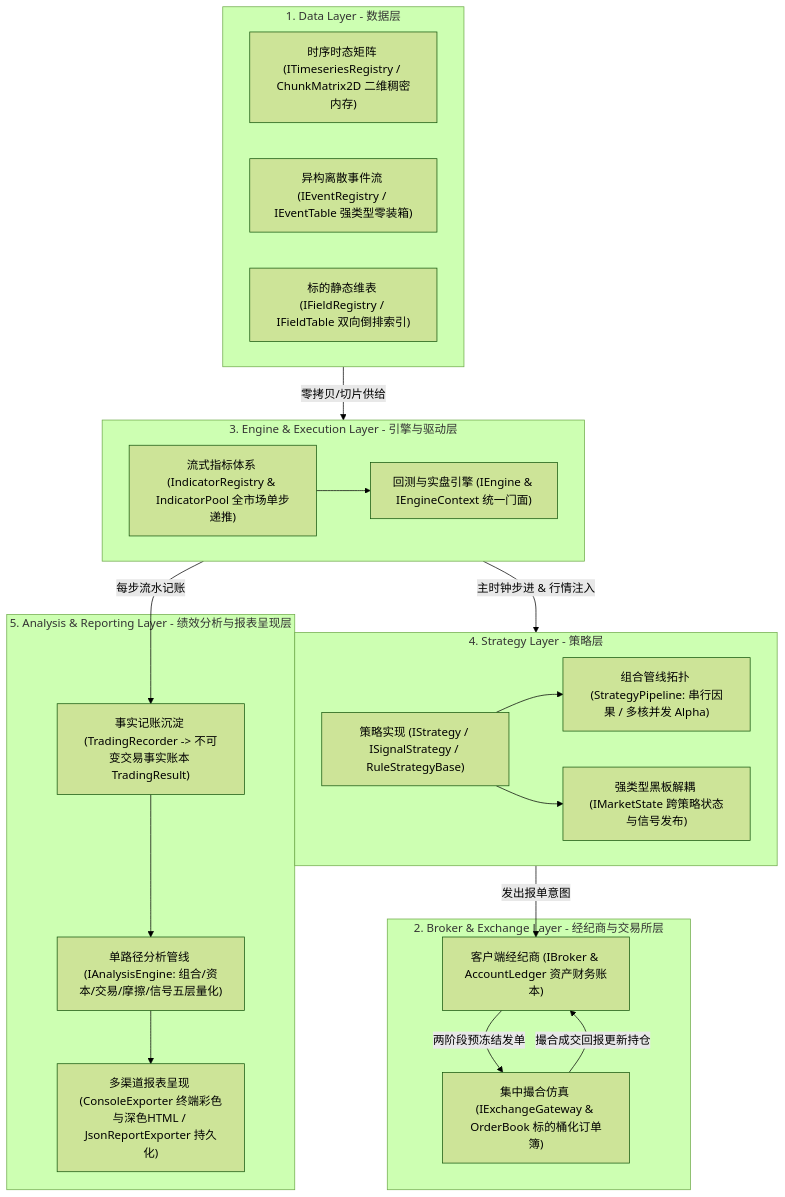
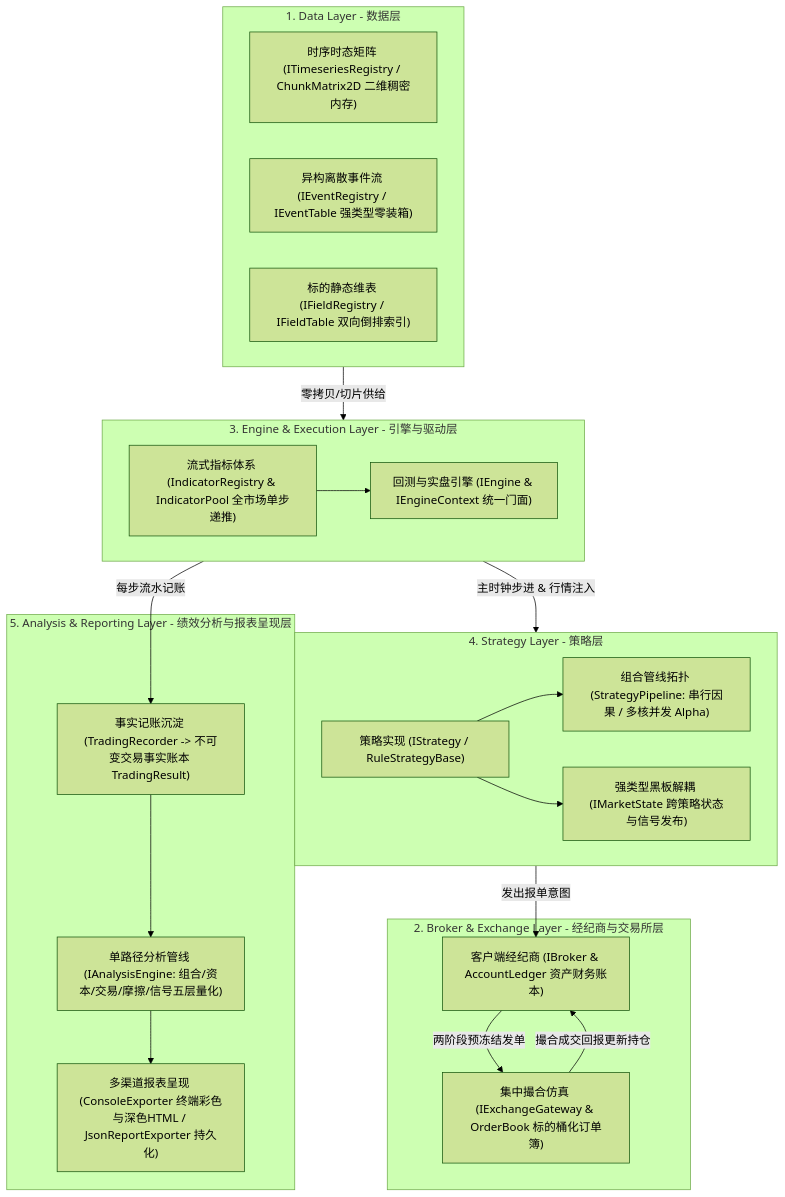
One commit to CRThu/CarrotQuant.Net changed the diagram in README.md. Above: the diagram before and after it, drawn with Mermaid (forest theme). The commit also changed 26 other files, not shown here.

````diff
--- a/README.md
+++ b/README.md
@@ -90,42 +90,42 @@
 ```mermaid
 graph TD
     subgraph DataLayer [1. Data Layer - 数据层]
         Timeseries["时序时态矩阵 (ITimeseriesRegistry / ChunkMatrix2D 二维稠密内存)"]
         Events["异构离散事件流 (IEventRegistry / IEventTable 强类型零装箱)"]
         Fields["标的静态维表 (IFieldRegistry / IFieldTable 双向倒排索引)"]
     end
 
     subgraph BrokerExchangeLayer [2. Broker & Exchange Layer - 经纪商与交易所层]
         Broker["客户端经纪商 (IBroker & AccountLedger 资产财务账本)"]
         Exchange["集中撮合仿真 (IExchangeGateway & OrderBook 标的桶化订单簿)"]
         Broker -->|两阶段预冻结发单| Exchange
     end
 
     subgraph EngineLayer [3. Engine & Execution Layer - 引擎与驱动层]
         Engine["回测与实盘引擎 (IEngine & IEngineContext 统一门面)"]
         Indicators["流式指标体系 (IndicatorRegistry & IndicatorPool 全市场单步递推)"]
         Indicators --> Engine
     end
 
     subgraph StrategyLayer [4. Strategy Layer - 策略层]
         Pipeline["组合管线拓扑 (StrategyPipeline: 串行因果 / 多核并发 Alpha)"]
         Blackboard["强类型黑板解耦 (IMarketState 跨策略状态与信号发布)"]
-        Strategies["策略实现 (IStrategy / ISignalStrategy / RuleStrategyBase)"]
+        Strategies["策略实现 (IStrategy / RuleStrategyBase)"]
         Strategies --> Pipeline
         Strategies --> Blackboard
     end
 
     subgraph AnalysisLayer [5. Analysis & Reporting Layer - 绩效分析与报表呈现层]
         Recorder["事实记账沉淀 (TradingRecorder -> 不可变交易事实账本 TradingResult)"]
         Analysis["单路径分析管线 (IAnalysisEngine: 组合/资本/交易/摩擦/信号五层量化)"]
         Exporters["多渠道报表呈现 (ConsoleExporter 终端彩色与深色HTML / JsonReportExporter 持久化)"]
         Recorder --> Analysis
         Analysis --> Exporters
     end
 
     DataLayer -->|零拷贝/切片供给| EngineLayer
     EngineLayer -->|主时钟步进 & 行情注入| StrategyLayer
     StrategyLayer -->|发出报单意图| Broker
     Exchange -->|撮合成交回报更新持仓| Broker
     EngineLayer -->|每步流水记账| Recorder
 ```
````
